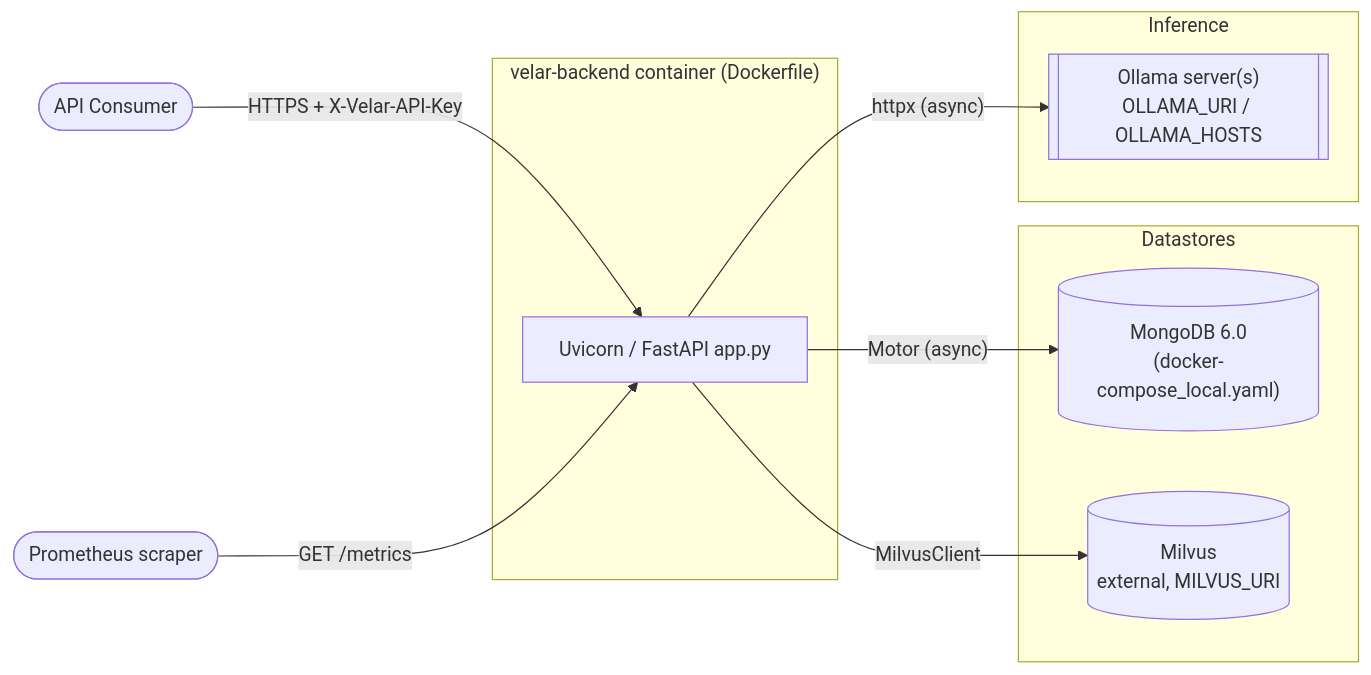
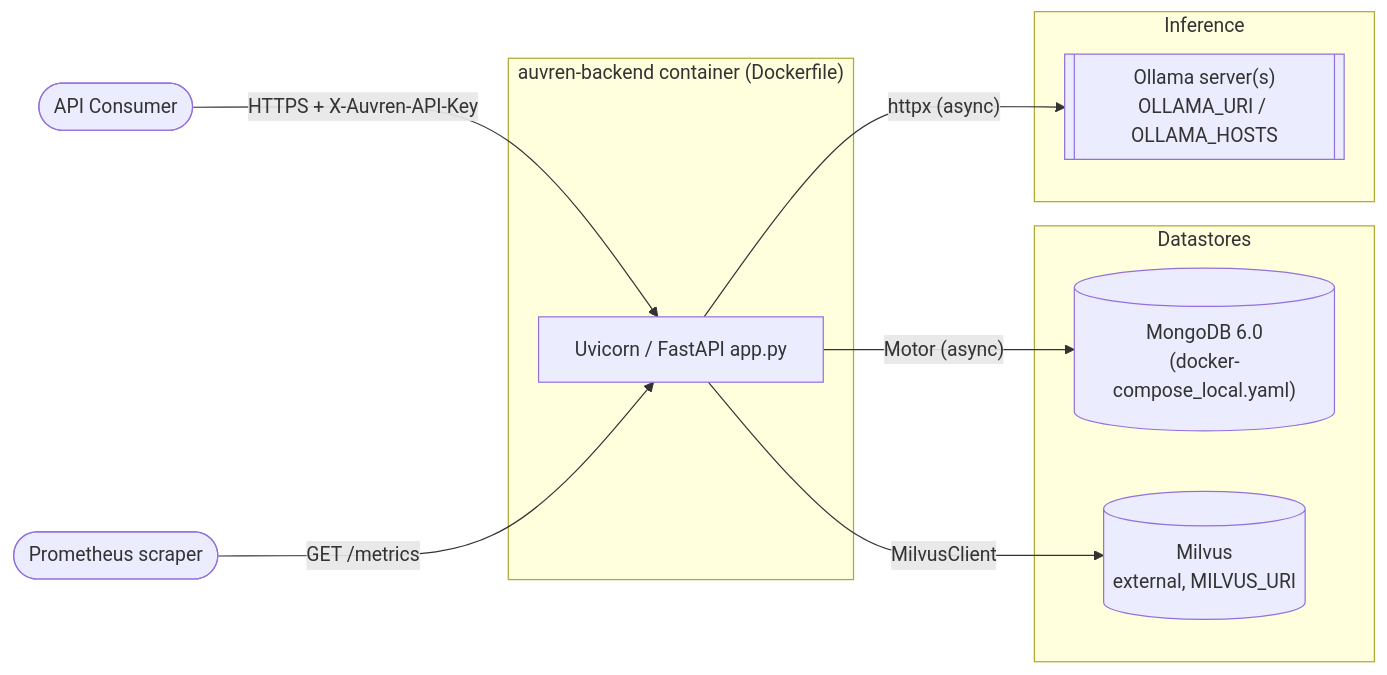
Before and after one commit to lokeshramchand-ctrl/miravelt: the second of 8 diagrams in docs/01-architecture.md, drawn with Mermaid. The commit also changed other lines of this file and 112 other files, not shown here.

````diff
--- a/docs/01-architecture.md
+++ b/docs/01-architecture.md
@@ -31,19 +31,19 @@
 ```mermaid
 flowchart LR
-    subgraph Container["velar-backend container (Dockerfile)"]
+    subgraph Container["auvren-backend container (Dockerfile)"]
         APP["Uvicorn / FastAPI app.py"]
     end
     subgraph Data["Datastores"]
         Mongo[("MongoDB 6.0<br/>(docker-compose_local.yaml)")]
         Milvus[("Milvus<br/>external, MILVUS_URI")]
     end
     subgraph Inference["Inference"]
         Ollama[["Ollama server(s)<br/>OLLAMA_URI / OLLAMA_HOSTS"]]
     end
 
-    Client(["API Consumer"]) -- "HTTPS + X-Velar-API-Key" --> APP
+    Client(["API Consumer"]) -- "HTTPS + X-Auvren-API-Key" --> APP
     APP -- "Motor (async)" --> Mongo
     APP -- "MilvusClient" --> Milvus
     APP -- "httpx (async)" --> Ollama
     Prometheus(["Prometheus scraper"]) -- "GET /metrics" --> APP
 ```
````
